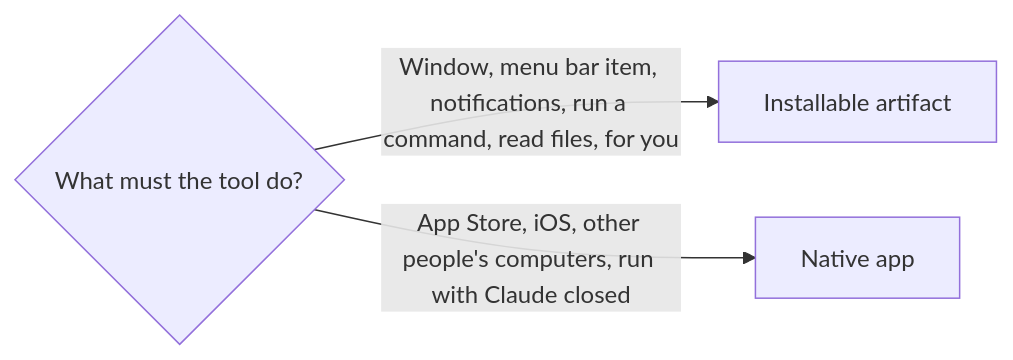
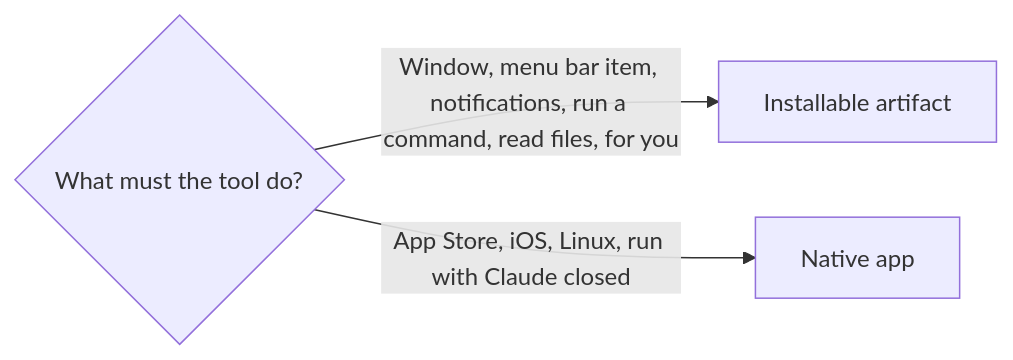
One commit to Colorado-Startups/claudius changed the diagram in templates/claude/guides/claude-artifact-apps.md. Above: the diagram before and after it, drawn with Mermaid. The commit also changed other lines of this file and 1 other file, not shown here.

First line of the commit message:
Artifact app guide: cite every claim, permission check on load, tray icon

````diff
--- a/templates/claude/guides/claude-artifact-apps.md
+++ b/templates/claude/guides/claude-artifact-apps.md
@@ -5,5 +5,5 @@
 ```mermaid
 flowchart LR
   Q{What must the tool do?} -->|Window, menu bar item, notifications, run a command, read files, for you| A[Installable artifact]
-  Q -->|App Store, iOS, other people's computers, run with Claude closed| N[Native app]
+  Q -->|App Store, iOS, Linux, run with Claude closed| N[Native app]
 ```
````
